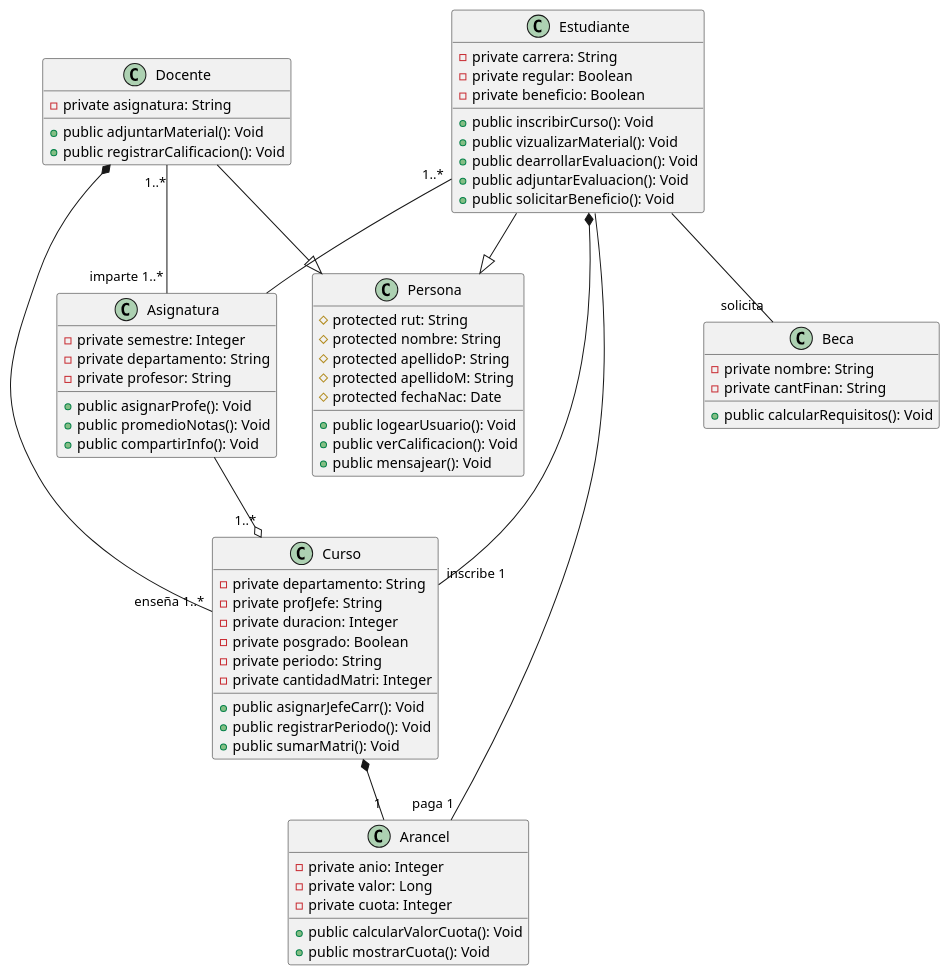
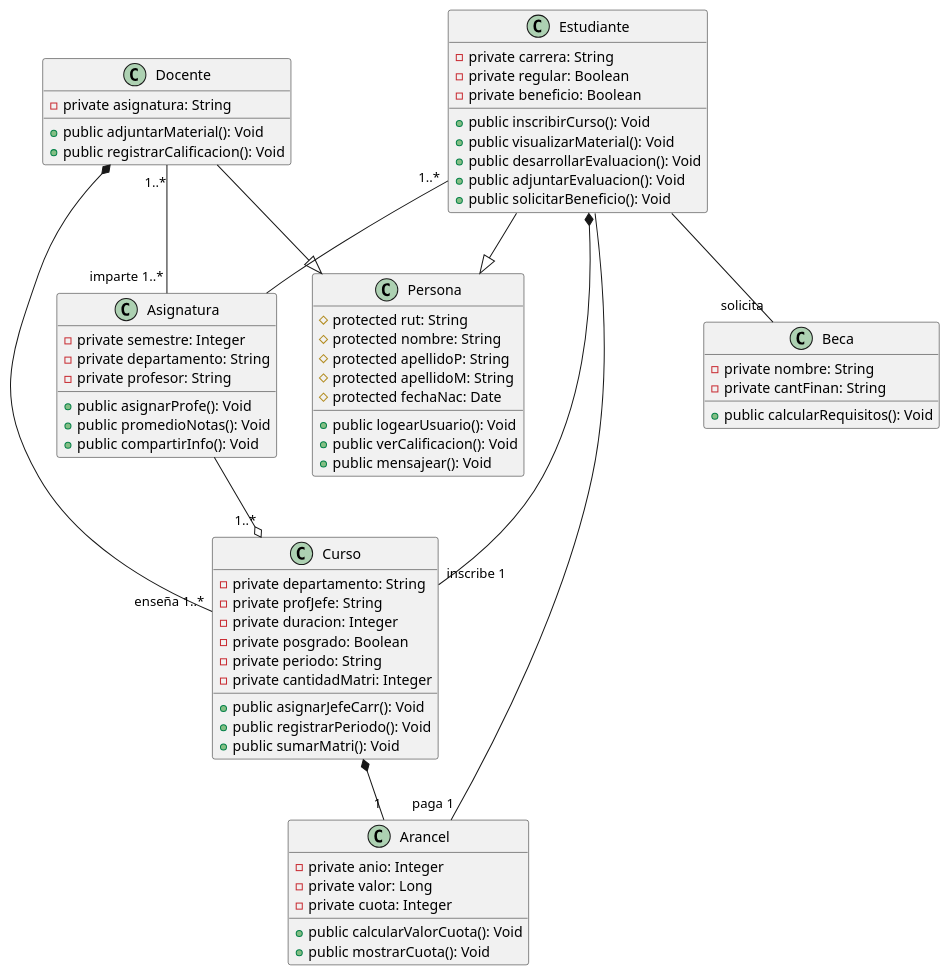
One commit to beneducarrco99/Evaluaci-n-Sumativa-4-POO changed the diagram in evaluacion4POO.puml. Above: the diagram before and after it, drawn with PlantUML. The commit also changed 3 other files, not shown here.

```diff
--- a/evaluacion4POO.puml
+++ b/evaluacion4POO.puml
@@ -1,83 +1,83 @@
 @startuml
 class Persona {
     # protected rut: String
     # protected nombre: String
     # protected apellidoP: String
     # protected apellidoM: String
     # protected fechaNac: Date
 
     + public logearUsuario(): Void
     + public verCalificacion(): Void
     + public mensajear(): Void
 }
 
 class Docente {
     - private asignatura: String
 
     + public adjuntarMaterial(): Void
     + public registrarCalificacion(): Void
 }
 
 class Estudiante {
     - private carrera: String
     - private regular: Boolean
     - private beneficio: Boolean
 
     + public inscribirCurso(): Void
-    + public vizualizarMaterial(): Void
-    + public dearrollarEvaluacion(): Void
+    + public visualizarMaterial(): Void
+    + public desarrollarEvaluacion(): Void
     + public adjuntarEvaluacion(): Void
     + public solicitarBeneficio(): Void
 }
 
 class Curso {
     - private departamento: String
     - private profJefe: String
     - private duracion: Integer
     - private posgrado: Boolean
     - private periodo: String
     - private cantidadMatri: Integer
 
     + public asignarJefeCarr(): Void
     + public registrarPeriodo(): Void
     + public sumarMatri(): Void
 }
 
 class Asignatura {
     - private semestre: Integer
     - private departamento: String
     - private profesor: String
 
     + public asignarProfe(): Void
     + public promedioNotas(): Void
     + public compartirInfo(): Void 
 }
 
 class Arancel {
     - private anio: Integer
     - private valor: Long
     - private cuota: Integer
     
     + public calcularValorCuota(): Void
     + public mostrarCuota(): Void
 }
 
 class Beca {
     - private nombre: String
     - private cantFinan: String
 
     + public calcularRequisitos(): Void
 }
 
 Docente --|> Persona
 Estudiante --|> Persona
 Asignatura --o "1..*" Curso
 Estudiante "1..*" -- Asignatura
 Estudiante *-- "inscribe 1" Curso
 Docente *-- "enseña 1..*" Curso
 Docente "1..*" -- "imparte 1..*" Asignatura
 Estudiante -- "paga 1" Arancel
 Estudiante -- "solicita" Beca
 Curso *-- "1" Arancel
 
 @enduml
```
